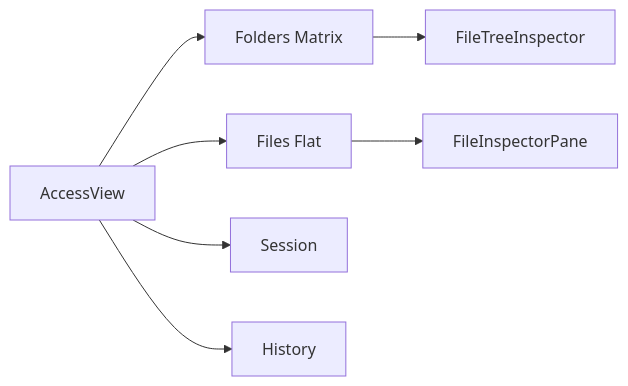
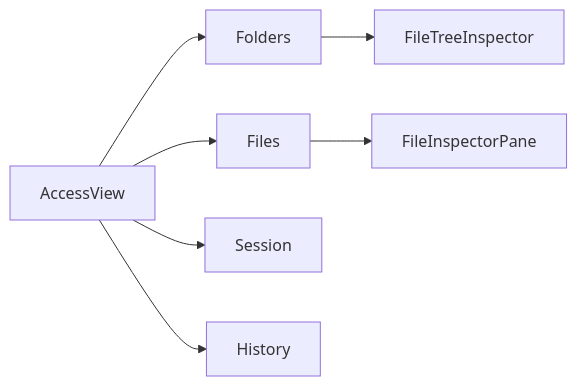
The third of 5 diagrams in docs/ui-map.md (Spatial-Duality/Manifold), drawn with Mermaid before and after one commit. The commit also changed other lines of this file and 84 other files, not shown here.

````diff
--- a/docs/ui-map.md
+++ b/docs/ui-map.md
@@ -112,9 +60,9 @@
 ```mermaid
 flowchart LR
-    A["AccessView"] --> B["Folders Matrix"]
-    A --> C["Files Flat"]
+    A["AccessView"] --> B["Folders"]
+    A --> C["Files"]
     A --> D["Session"]
     A --> E["History"]
     B --> F["FileTreeInspector"]
     C --> G["FileInspectorPane"]
 ```
````
